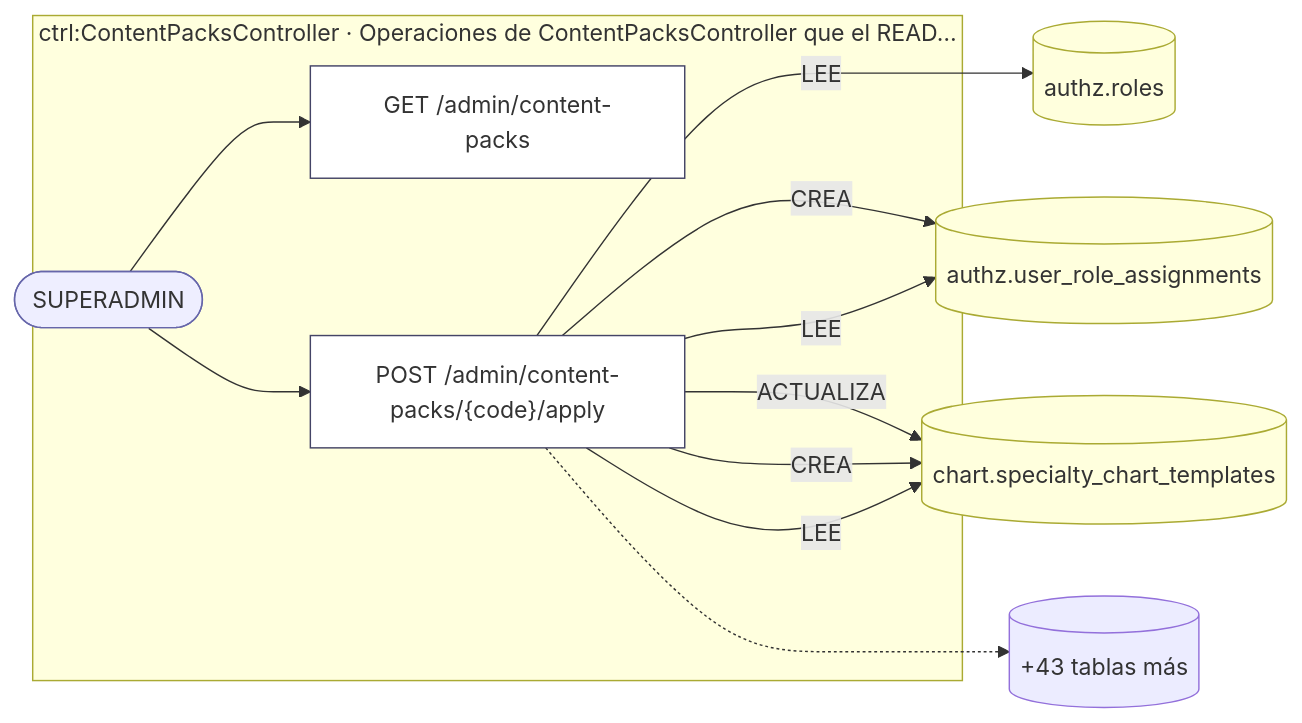
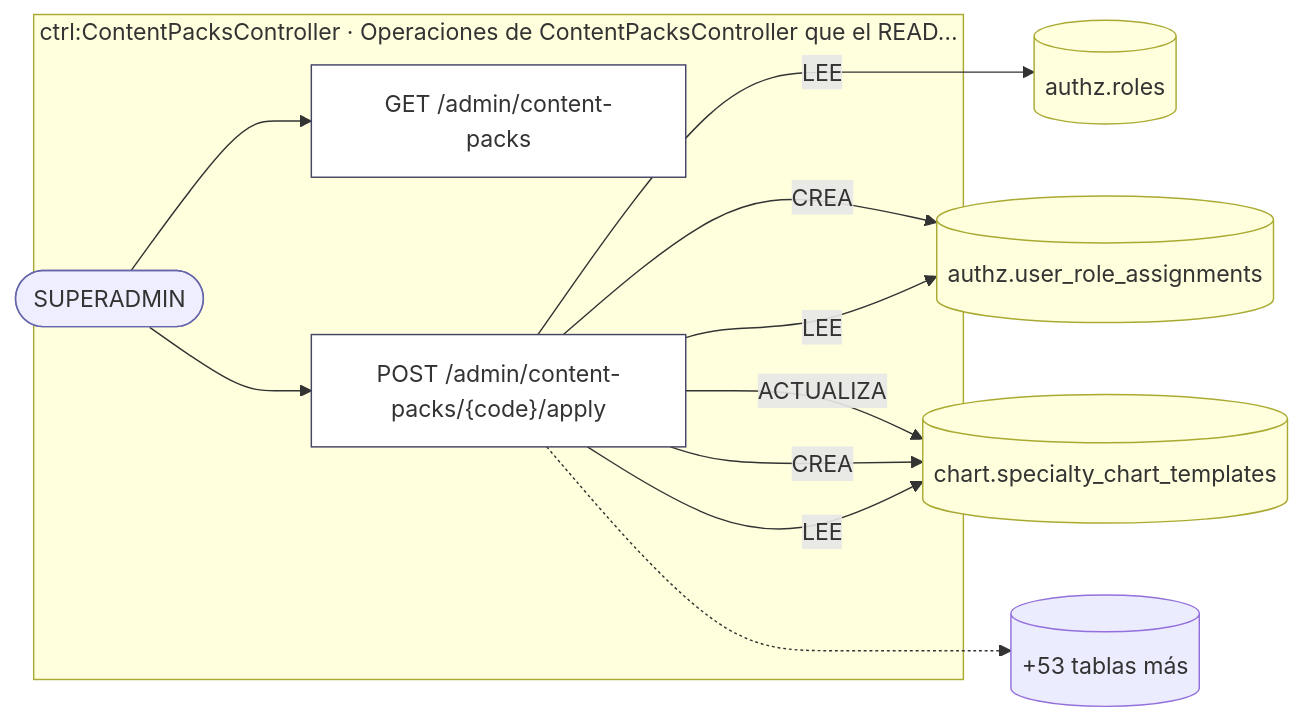
Before and after one commit to mdavila-2001/mantra-core-health-api: the first of 2 diagrams in docs/inventario/flujos/content_packs.md, drawn with Mermaid. The commit also changed other lines of this file and 451 other files, not shown here.

````diff
--- a/docs/inventario/flujos/content_packs.md
+++ b/docs/inventario/flujos/content_packs.md
@@ -29,25 +31,25 @@
 ```mermaid
 flowchart LR
   a2(["SUPERADMIN"]):::actor
   t4[("authz.roles")]:::tabla
   t5[("authz.user_role_assignments")]:::tabla
   t6[("chart.specialty_chart_templates")]:::tabla
-  t7[("+43 tablas más")]
+  t7[("+53 tablas más")]
   subgraph s0["ctrl:ContentPacksController · Operaciones de ContentPacksController que el READ…"]
     o1["GET /admin/content-packs"]:::op
     o3["POST /admin/content-packs/{code}/apply"]:::op
   end
   a2 --> o1
   a2 --> o3
   o3 -->|"LEE"| t4
   o3 -->|"CREA"| t5
   o3 -->|"LEE"| t5
   o3 -->|"ACTUALIZA"| t6
   o3 -->|"CREA"| t6
   o3 -->|"LEE"| t6
   o3 -.-> t7
   classDef op fill:#fff,stroke:#446
   classDef actor fill:#eef,stroke:#66a
   classDef tabla fill:#ffd,stroke:#aa3
   classDef evento fill:#efe,stroke:#3a3
 ```
````
